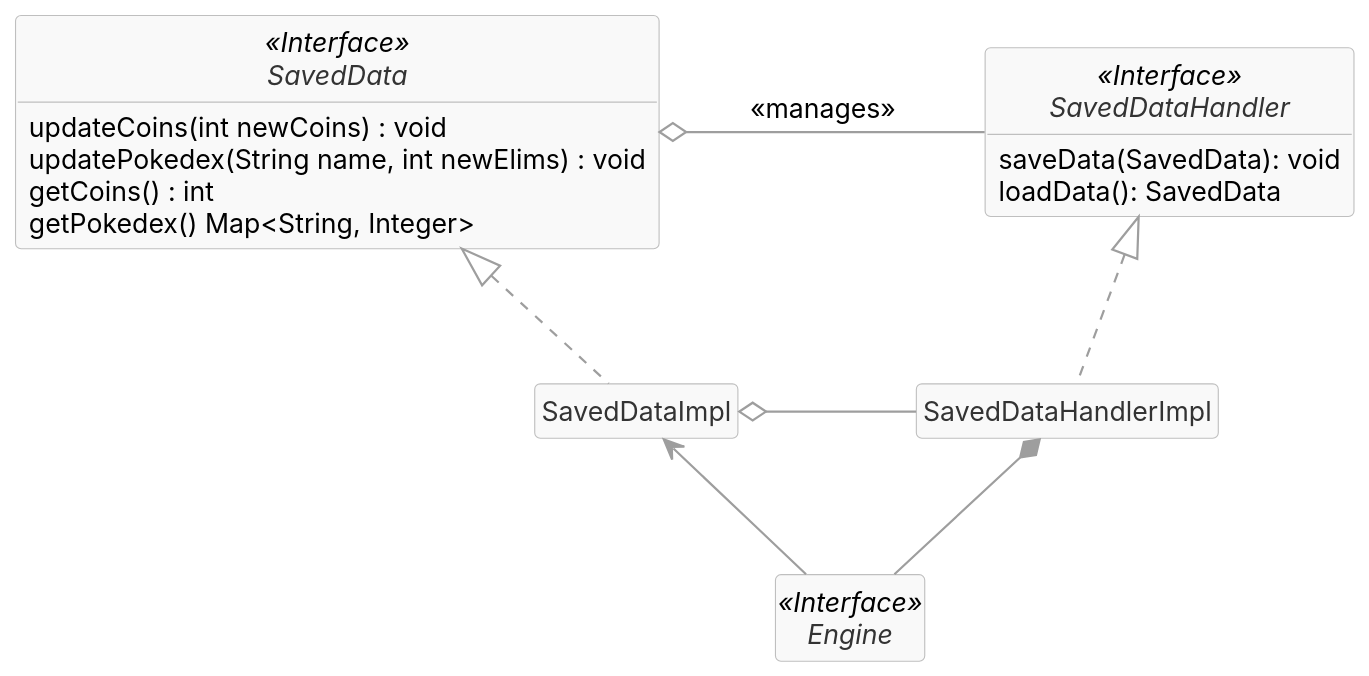
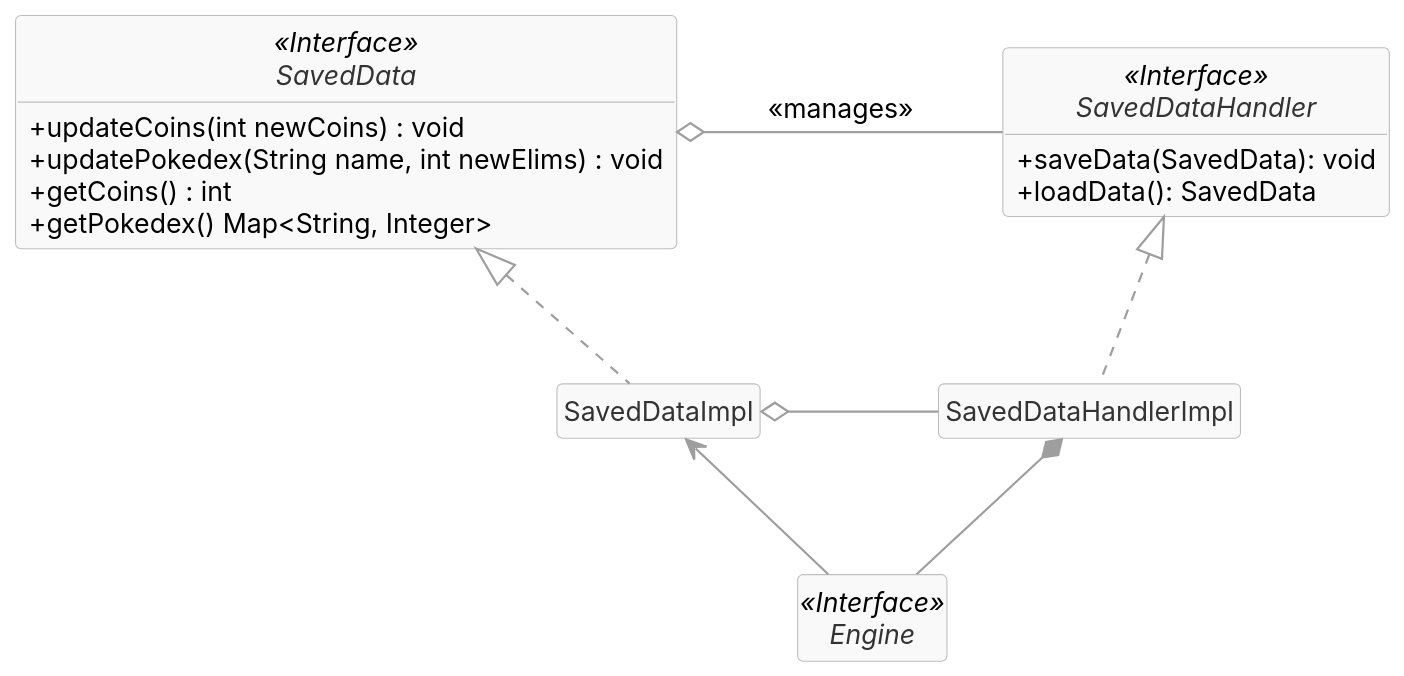
One commit to GiocoMatto/OOP25-wildenc changed the diagram in report/uml/savedata.puml. Above: the diagram before and after it, drawn with PlantUML. The commit also changed 27 other files, not shown here.

```diff
--- a/report/uml/savedata.puml
+++ b/report/uml/savedata.puml
@@ -1,62 +1,62 @@
 @startuml SaveData
 
 ' =========================
 '  Skin
 ' =========================
 
 skinparam shadowing false
 skinparam roundcorner 5
 skinparam dpi 150
 
 skinparam DefaultFontName "Inter"
 skinparam DefaultFontSize 12
 skinparam linetype spline
 skinparam nodesep 80
 skinparam classAttributeIconSize 0
 
 skinparam class {
   BackgroundColor #F9F9F9
   BorderColor #BFBFBF
   FontColor #333333
 }
 
 skinparam Arrow {
   Color #9E9E9E
   Thickness 1
 }
 
 hide circle
 hide empty members
 
 ' =========================
 '  Classes
 ' =========================
 
 ' Subtitle for classes: 
 ' \n<size:10><i>(from model)</i></size>
 interface SavedDataHandler <<Interface>> {
-  saveData(SavedData): void
-  loadData(): SavedData
+  +saveData(SavedData): void
+  +loadData(): SavedData
 }
 
 class SavedDataHandlerImpl {}
 
 interface SavedData <<Interface>> {
-  updateCoins(int newCoins) : void
-  updatePokedex(String name, int newElims) : void
-  getCoins() : int
-  getPokedex() Map<String, Integer> 
+  +updateCoins(int newCoins) : void
+  +updatePokedex(String name, int newElims) : void
+  +getCoins() : int
+  +getPokedex() Map<String, Integer> 
 }
 
 class SavedDataImpl {}
 
 interface Engine <<Interface>> {}
 
 SavedDataHandlerImpl .up.|> SavedDataHandler
 SavedDataImpl .up.|> SavedData
 SavedDataHandler -left-o SavedData : << manages >>
 SavedDataHandlerImpl -left-o SavedDataImpl
 Engine -up-* SavedDataHandlerImpl
 Engine -up-> SavedDataImpl
 
 @enduml
```
